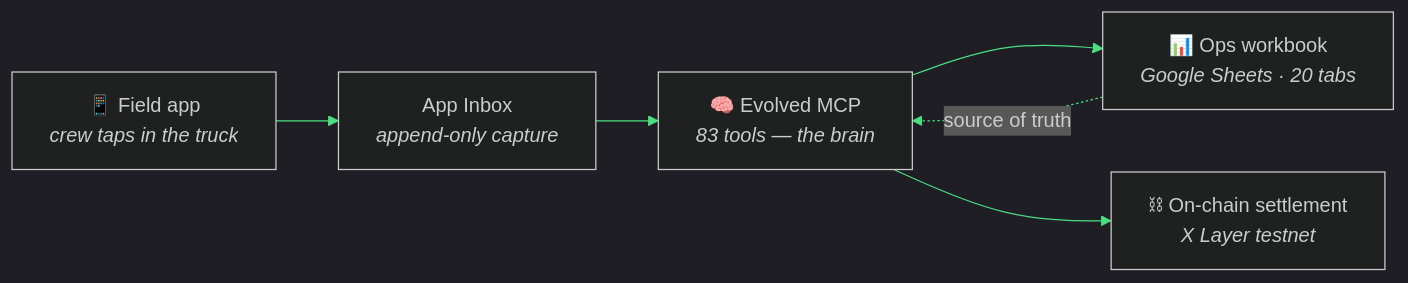
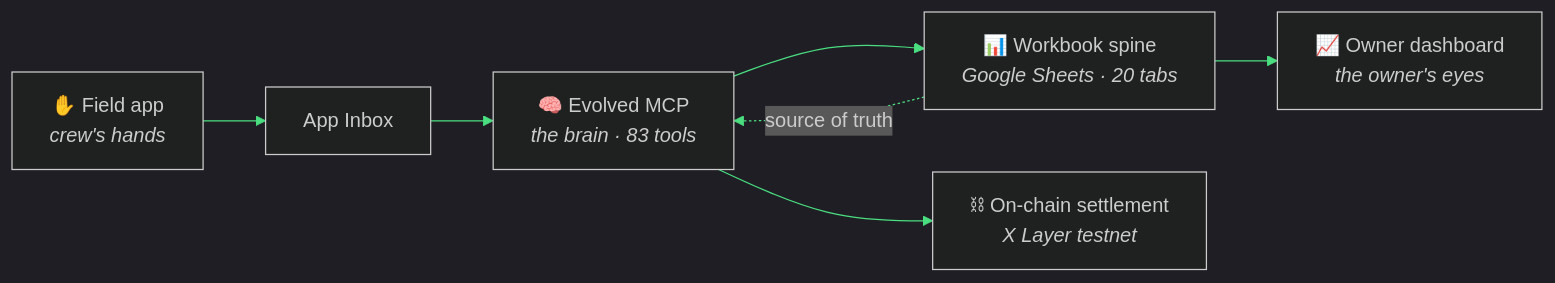
Before and after one commit to kr8tiv-ai/evolved: the first of 2 diagrams in README.md, drawn with Mermaid. The commit also changed other lines of this file and 2 other files, not shown here.

First line of the commit message:
Fold in the owner dashboard as the fourth surface; make "any company" the central claim

````diff
--- a/README.md
+++ b/README.md
@@ -86,9 +87,10 @@
 ```mermaid
 %%{init: {"theme": "dark", "themeVariables": {"primaryColor": "#101010", "primaryBorderColor": "#4ade80", "primaryTextColor": "#f3f4f6", "lineColor": "#4ade80", "fontFamily": "Segoe UI"}}}%%
 flowchart LR
-    FA["📱 Field app<br><i>crew taps in the truck</i>"] --> INBOX["App Inbox<br><i>append-only capture</i>"]
-    INBOX --> MCP["🧠 Evolved MCP<br><i>83 tools — the brain</i>"]
-    MCP --> WB["📊 Ops workbook<br><i>Google Sheets · 20 tabs</i>"]
+    FA["✋ Field app<br><i>crew's hands</i>"] --> INBOX["App Inbox"]
+    INBOX --> MCP["🧠 Evolved MCP<br><i>the brain · 83 tools</i>"]
+    MCP --> WB["📊 Workbook spine<br><i>Google Sheets · 20 tabs</i>"]
     MCP --> CHAIN["⛓ On-chain settlement<br><i>X Layer testnet</i>"]
     WB -.->|source of truth| MCP
+    WB --> DASH["📈 Owner dashboard<br><i>the owner's eyes</i>"]
 ```
````
